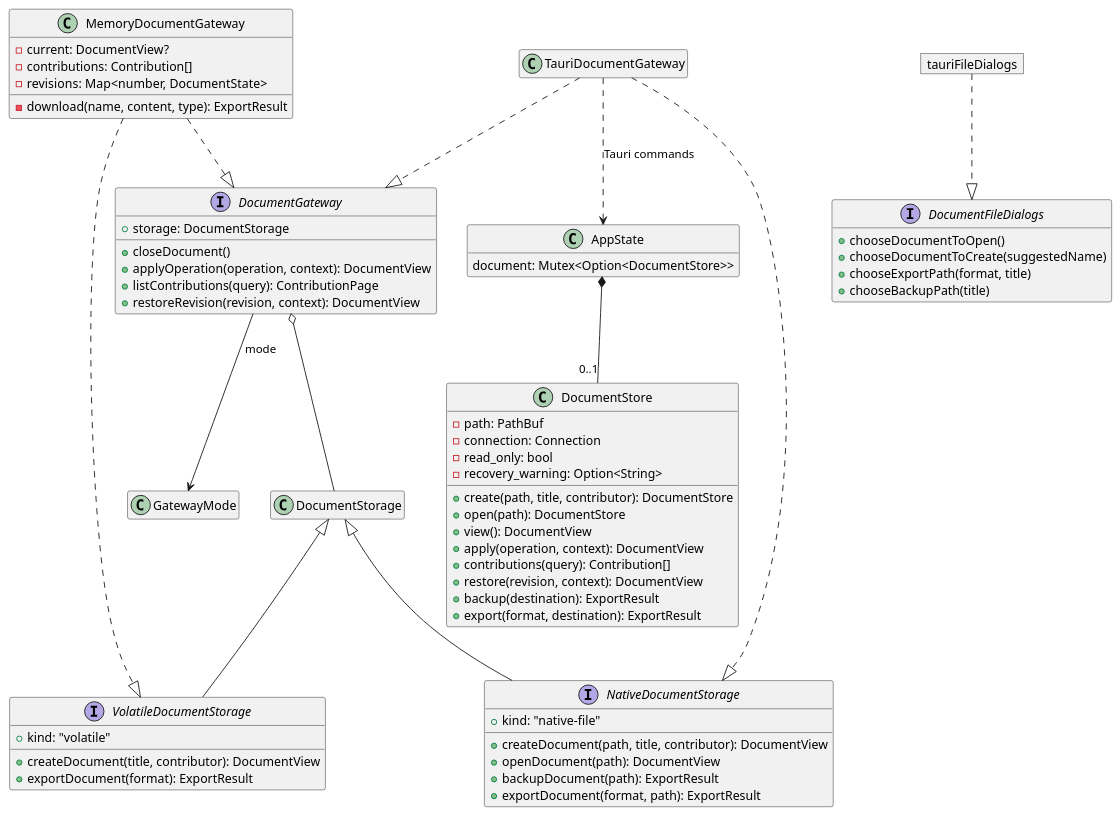
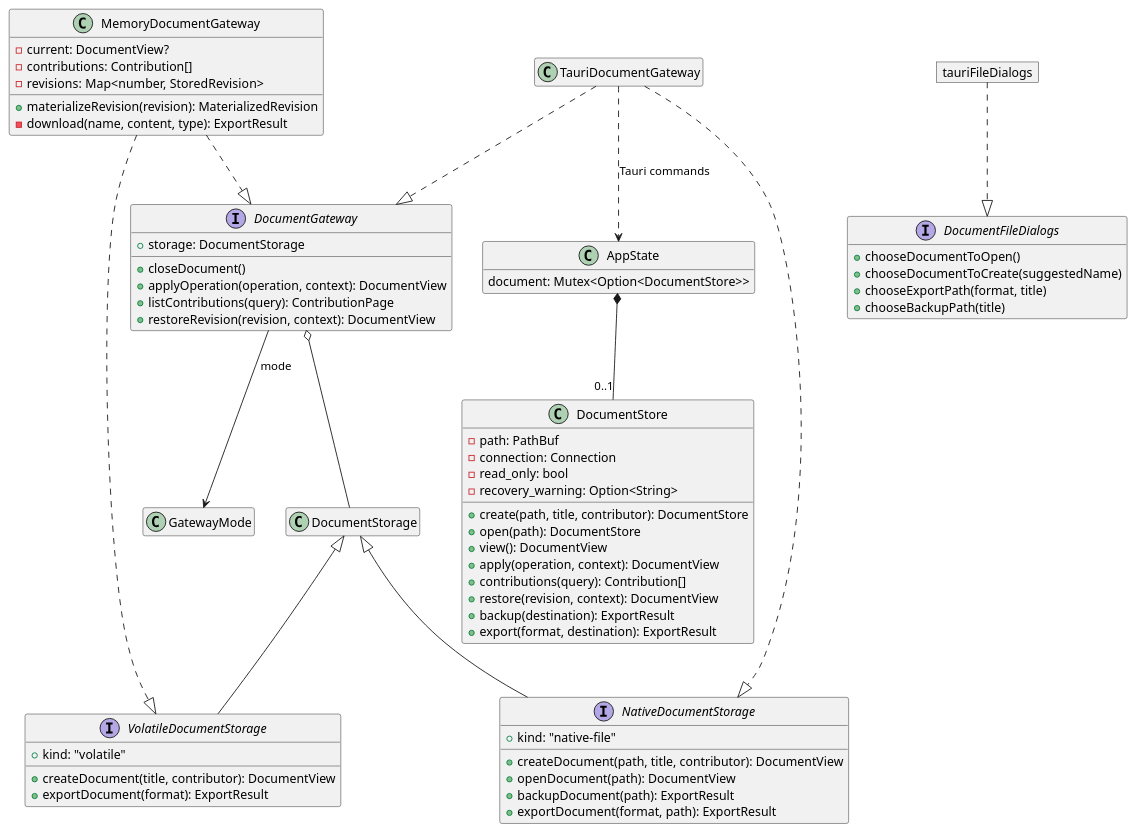
The second of 6 diagrams in docs/PERSISTENCE_DESIGN.md (benoit-gl/coedit), drawn with PlantUML before and after one commit. The commit also changed other lines of this file and 20 other files, not shown here.

````diff
--- a/docs/PERSISTENCE_DESIGN.md
+++ b/docs/PERSISTENCE_DESIGN.md
@@ -117,75 +119,76 @@
 ```plantuml
 @startuml
 hide empty members
 
 interface DocumentGateway {
   + storage: DocumentStorage
   + closeDocument()
   + applyOperation(operation, context): DocumentView
   + listContributions(query): ContributionPage
   + restoreRevision(revision, context): DocumentView
 }
 
 interface VolatileDocumentStorage {
   + kind: "volatile"
   + createDocument(title, contributor): DocumentView
   + exportDocument(format): ExportResult
 }
 
 interface NativeDocumentStorage {
   + kind: "native-file"
   + createDocument(path, title, contributor): DocumentView
   + openDocument(path): DocumentView
   + backupDocument(path): ExportResult
   + exportDocument(format, path): ExportResult
 }
 
 interface DocumentFileDialogs {
   + chooseDocumentToOpen()
   + chooseDocumentToCreate(suggestedName)
   + chooseExportPath(format, title)
   + chooseBackupPath(title)
 }
 
 class MemoryDocumentGateway {
   - current: DocumentView?
   - contributions: Contribution[]
-  - revisions: Map<number, DocumentState>
+  - revisions: Map<number, StoredRevision>
+  + materializeRevision(revision): MaterializedRevision
   - download(name, content, type): ExportResult
 }
 
 class TauriDocumentGateway
 object "tauriFileDialogs" as TauriFileDialogs
 
 class AppState {
   document: Mutex<Option<DocumentStore>>
 }
 
 class DocumentStore {
   - path: PathBuf
   - connection: Connection
   - read_only: bool
   - recovery_warning: Option<String>
   + create(path, title, contributor): DocumentStore
   + open(path): DocumentStore
   + view(): DocumentView
   + apply(operation, context): DocumentView
   + contributions(query): Contribution[]
   + restore(revision, context): DocumentView
   + backup(destination): ExportResult
   + export(format, destination): ExportResult
 }
 
 MemoryDocumentGateway ..|> DocumentGateway
 MemoryDocumentGateway ..|> VolatileDocumentStorage
 TauriDocumentGateway ..|> DocumentGateway
 TauriDocumentGateway ..|> NativeDocumentStorage
 DocumentGateway o-- DocumentStorage
 DocumentStorage <|-- VolatileDocumentStorage
 DocumentStorage <|-- NativeDocumentStorage
 TauriFileDialogs ..|> DocumentFileDialogs
 DocumentGateway --> GatewayMode : mode
 TauriDocumentGateway ..> AppState : Tauri commands
 AppState *-- "0..1" DocumentStore
 @enduml
 ```
````
